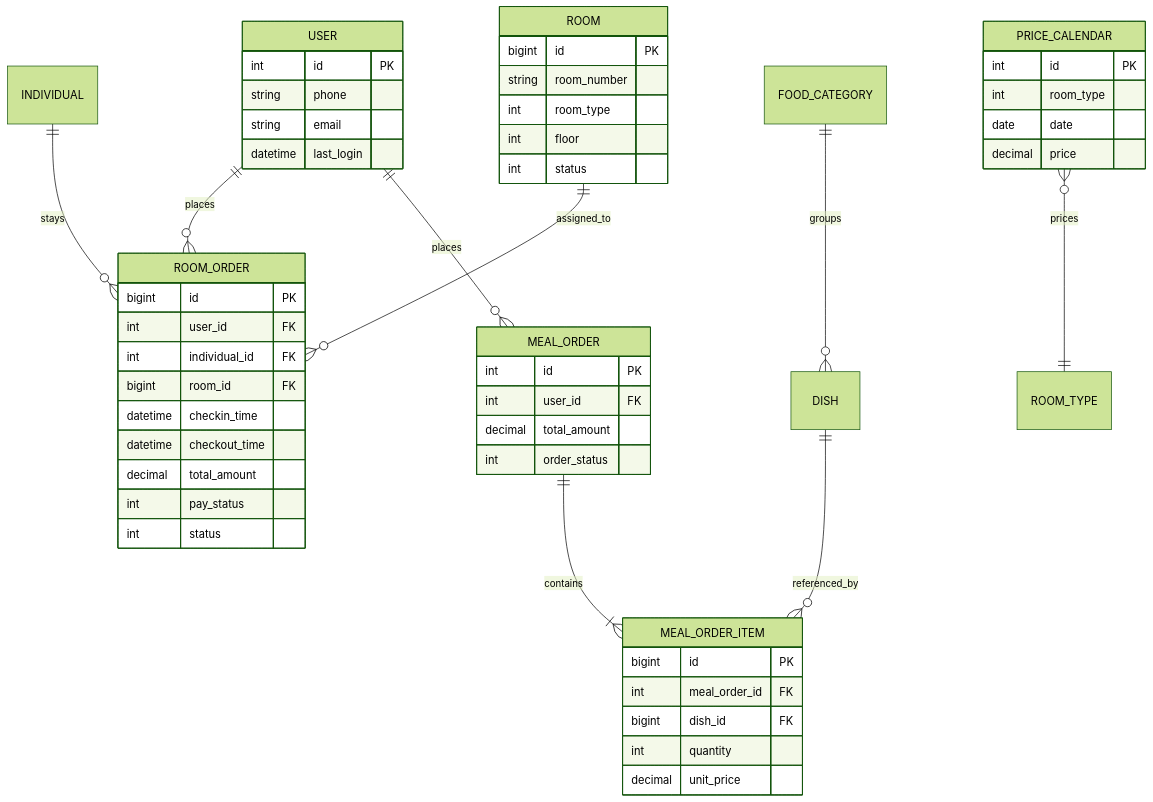
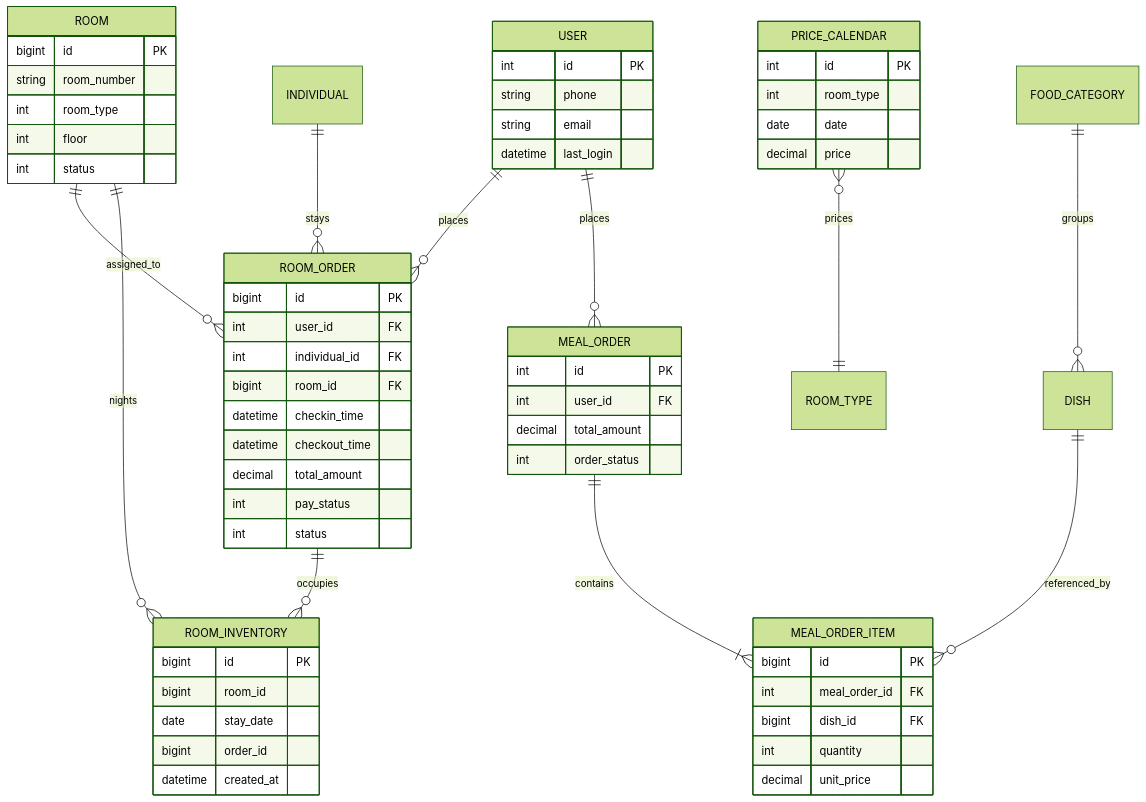
Before and after one commit to Attacker687/HotelSystemBackend: the seventh of 8 diagrams in docs/architecture.md, drawn with Mermaid (forest theme). The commit also changed other lines of this file and 7 other files, not shown here.

Commit message:
feat(S03): satisfy AC1-AC3 inventory schema and atomic backfill

````diff
--- a/docs/architecture.md
+++ b/docs/architecture.md
@@ -238,55 +238,64 @@
 ```mermaid
 erDiagram
     USER ||--o{ ROOM_ORDER : places
     INDIVIDUAL ||--o{ ROOM_ORDER : stays
     ROOM ||--o{ ROOM_ORDER : assigned_to
+    ROOM ||--o{ ROOM_INVENTORY : nights
+    ROOM_ORDER ||--o{ ROOM_INVENTORY : occupies
     USER ||--o{ MEAL_ORDER : places
     MEAL_ORDER ||--|{ MEAL_ORDER_ITEM : contains
     DISH ||--o{ MEAL_ORDER_ITEM : referenced_by
     FOOD_CATEGORY ||--o{ DISH : groups
     PRICE_CALENDAR }o--|| ROOM_TYPE : prices
 
     USER {
         int id PK
         string phone
         string email
         datetime last_login
     }
     ROOM {
         bigint id PK
         string room_number
         int room_type
         int floor
         int status
     }
     ROOM_ORDER {
         bigint id PK
         int user_id FK
         int individual_id FK
         bigint room_id FK
         datetime checkin_time
         datetime checkout_time
         decimal total_amount
         int pay_status
         int status
     }
+    ROOM_INVENTORY {
+        bigint id PK
+        bigint room_id
+        date stay_date
+        bigint order_id
+        datetime created_at
+    }
     MEAL_ORDER {
         int id PK
         int user_id FK
         decimal total_amount
         int order_status
     }
     MEAL_ORDER_ITEM {
         bigint id PK
         int meal_order_id FK
         bigint dish_id FK
         int quantity
         decimal unit_price
     }
     PRICE_CALENDAR {
         int id PK
         int room_type
         date date
         decimal price
     }
 ```
````
